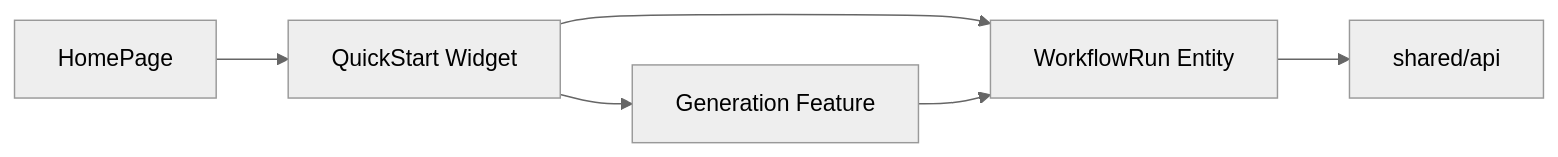
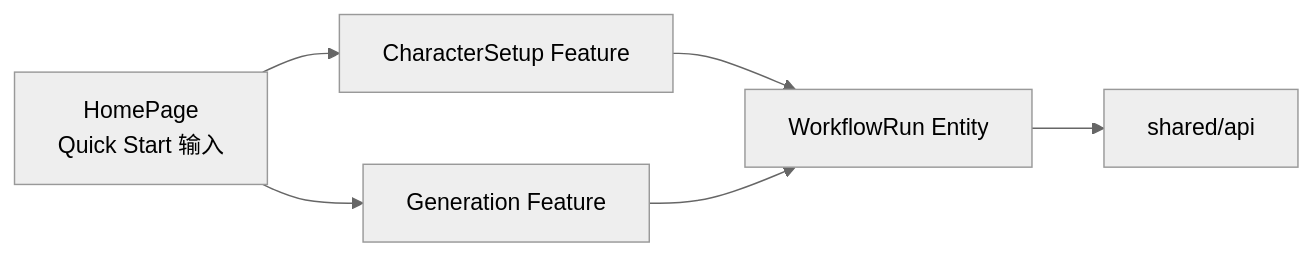
Before and after one commit to 1024XEngineer/Windup: the second of 4 diagrams in docs/frontend-architecture.md, drawn with Mermaid (neutral theme). The commit also changed other lines of this file, not shown here.

First line of the commit message:
docs(frontend-architecture): drop widgets layer, pages compose features directly

````diff
--- a/docs/frontend-architecture.md
+++ b/docs/frontend-architecture.md
@@ -156,8 +149,8 @@
 ```mermaid
 flowchart LR
-    home["HomePage"] --> quick["QuickStart Widget"]
-    quick --> generation["Generation Feature"]
-    quick --> run["WorkflowRun Entity"]
+    home["HomePage<br/>Quick Start 输入"] --> characterSetup["CharacterSetup Feature"]
+    home --> generation["Generation Feature"]
+    characterSetup --> run["WorkflowRun Entity"]
     generation --> run
     run --> api["shared/api"]
 ```
````
